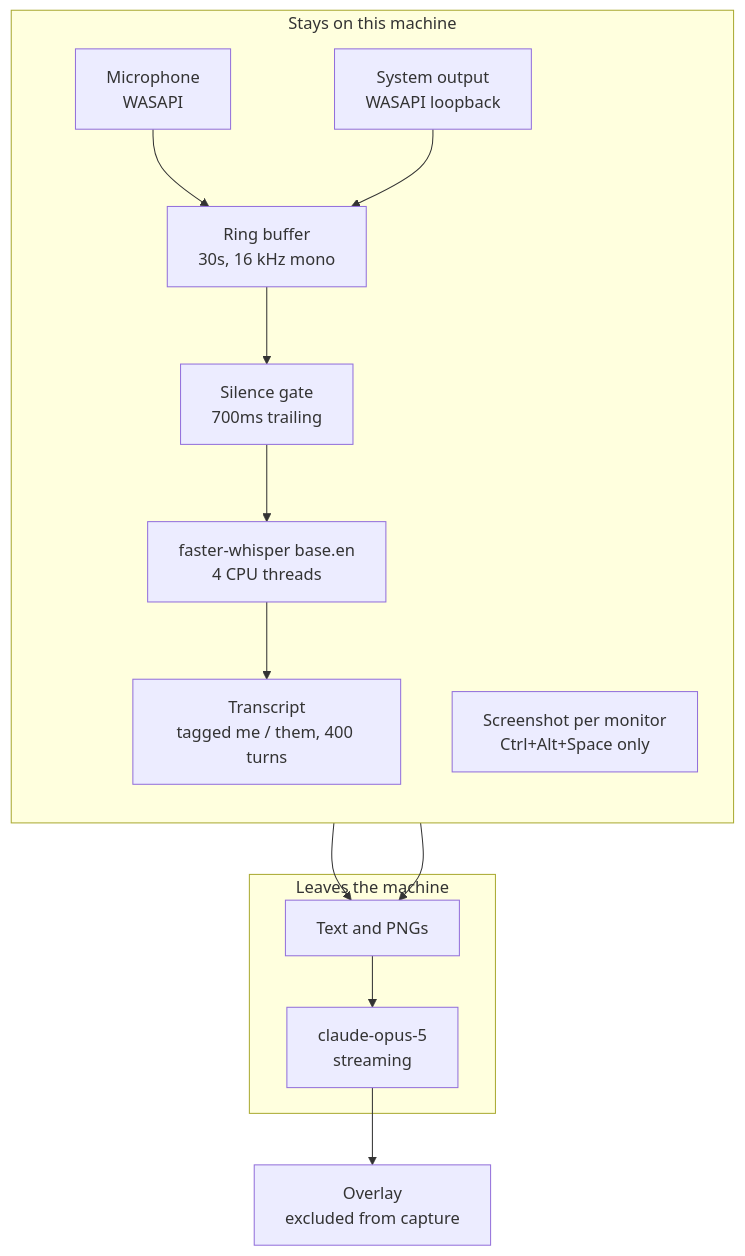
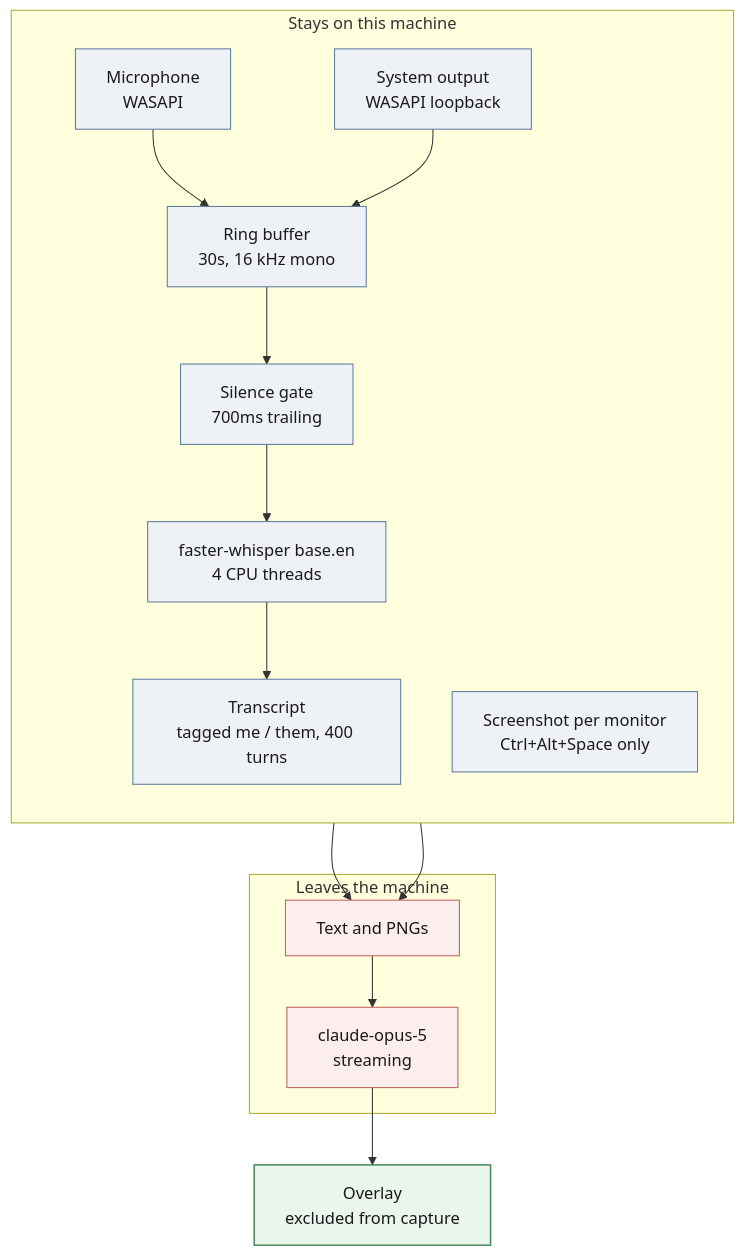
Before and after one commit to pouriamrt/meeting-assistant: the diagram in README.md, drawn with Mermaid. The commit also changed other lines of this file and 1 other file, not shown here.

````diff
--- a/README.md
+++ b/README.md
@@ -84,18 +97,25 @@
 ```mermaid
 flowchart TB
     subgraph local["Stays on this machine"]
         direction TB
         MIC["Microphone<br/>WASAPI"] --> RING["Ring buffer<br/>30s, 16 kHz mono"]
         SYS["System output<br/>WASAPI loopback"] --> RING
         RING --> GATE["Silence gate<br/>700ms trailing"]
         GATE --> WHISP["faster-whisper base.en<br/>4 CPU threads"]
         WHISP --> TR["Transcript<br/>tagged me / them, 400 turns"]
         SHOT["Screenshot per monitor<br/>Ctrl+Alt+Space only"]
     end
     TR --> REQ
     SHOT --> REQ
     subgraph remote["Leaves the machine"]
         REQ["Text and PNGs"] --> API["claude-opus-5<br/>streaming"]
     end
     API --> OV["Overlay<br/>excluded from capture"]
+
+    classDef box fill:#eef2f7,stroke:#5b7a9d,stroke-width:1px,color:#1a1a1a
+    classDef away fill:#fdeeee,stroke:#c0605d,stroke-width:1px,color:#1a1a1a
+    classDef out fill:#eaf5ec,stroke:#4a8c5c,stroke-width:1.5px,color:#1a1a1a
+    class MIC,SYS,RING,GATE,WHISP,TR,SHOT box
+    class REQ,API away
+    class OV out
 ```
````
